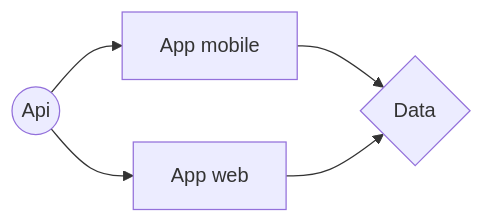
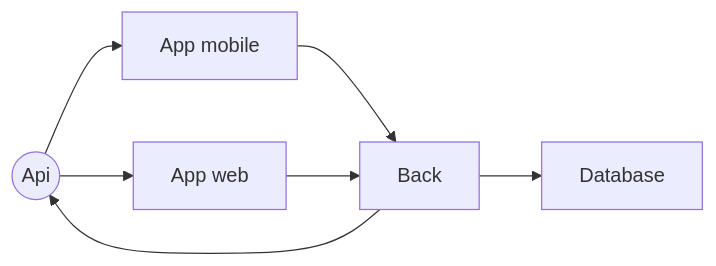
One commit to BRAVMM/A-Rien changed the second of 2 diagrams in README.md. Above: the diagram before and after it, drawn with Mermaid. The commit also changed other lines of this file and 4 other files, not shown here.

First line of the commit message:
DOC: update env diagram and add photo

````diff
--- a/README.md
+++ b/README.md
@@ -106,7 +109,9 @@
 ```mermaid
 graph LR
 A((Api)) --> C
 A --> B
 B[App mobile] --> D
-C[App web] --> D{Data}
+C[App web] --> D{Back}
+D[Back] --> A
+D --> E[Database]
 ```
````
